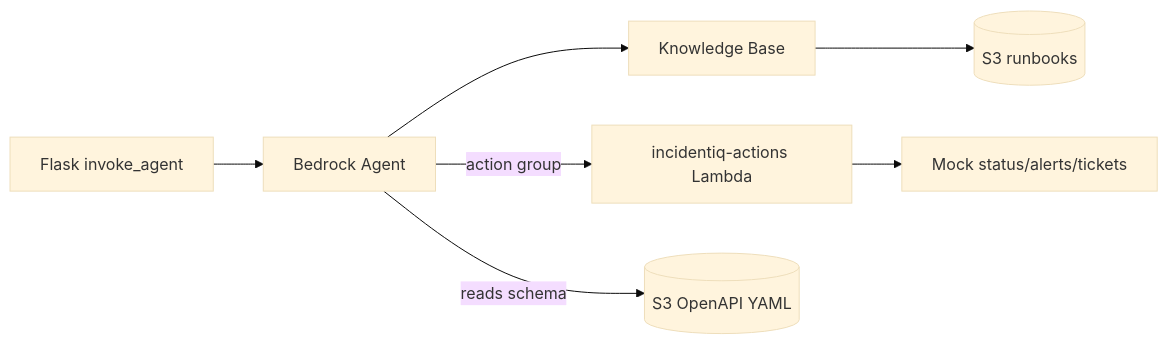
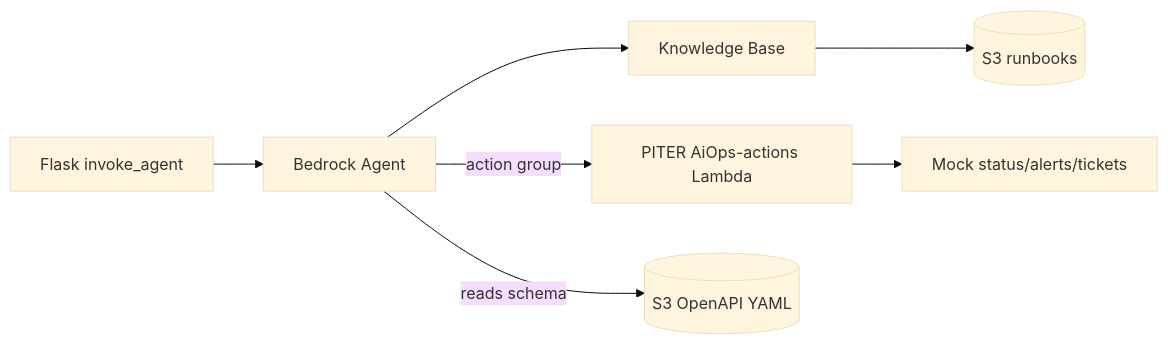
The diagram in projects/piter-aiops/docs/bedrock_action_group_setup.md (reem-mor/ai-engineering-portfolio), drawn with Mermaid (base theme) before and after one commit. The commit also changed other lines of this file and 96 other files, not shown here.

First line of the commit message:
Refactor project to PITER AiOps branding and update configurations

````diff
--- a/projects/piter-aiops/docs/bedrock_action_group_setup.md
+++ b/projects/piter-aiops/docs/bedrock_action_group_setup.md
@@ -11,9 +11,9 @@
 ```mermaid
 flowchart LR
   flask["Flask invoke_agent"] --> agent["Bedrock Agent"]
   agent --> kb["Knowledge Base"]
-  agent -->|"action group"| lambda["incidentiq-actions Lambda"]
+  agent -->|"action group"| lambda["PITER AiOps-actions Lambda"]
   lambda --> mock["Mock status/alerts/tickets"]
   kb --> s3corpus[("S3 runbooks")]
   agent -->|"reads schema"| s3schema[("S3 OpenAPI YAML")]
 ```
````
